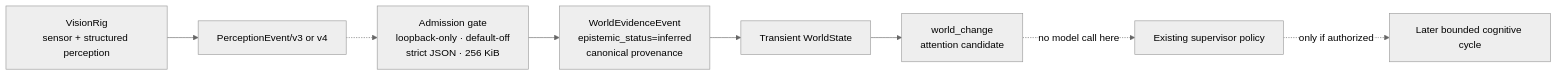
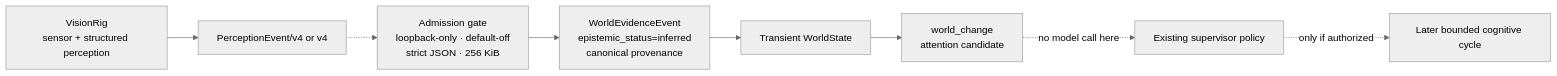
One commit to Ternedal/ModelRig changed the diagram in docs/consciousness-core/VISIONRIG_ADMISSION.md. Above: the diagram before and after it, drawn with Mermaid (neutral theme). The commit also changed other lines of this file, not shown here.

Commit message:
docs: align docs/consciousness-core/VISIONRIG_ADMISSION.md with VisionRig PerceptionEvent v4

````diff
--- a/docs/consciousness-core/VISIONRIG_ADMISSION.md
+++ b/docs/consciousness-core/VISIONRIG_ADMISSION.md
@@ -6,19 +6,19 @@
 ```mermaid
 flowchart LR
     V["VisionRig<br/>sensor + structured perception"]
-    P["PerceptionEvent/v3 or v4"]
+    P["PerceptionEvent/v4 or v4"]
     G["Admission gate<br/>loopback-only · default-off<br/>strict JSON · 256 KiB"]
     E["WorldEvidenceEvent<br/>epistemic_status=inferred<br/>canonical provenance"]
     W["Transient WorldState"]
     A["world_change<br/>attention candidate"]
     S["Existing supervisor policy"]
     C["Later bounded cognitive cycle"]
 
     V --> P
     P -.-> G
     G --> E
     E --> W
     W --> A
     A -. "no model call here" .-> S
     S -. "only if authorized" .-> C
 ```
````
